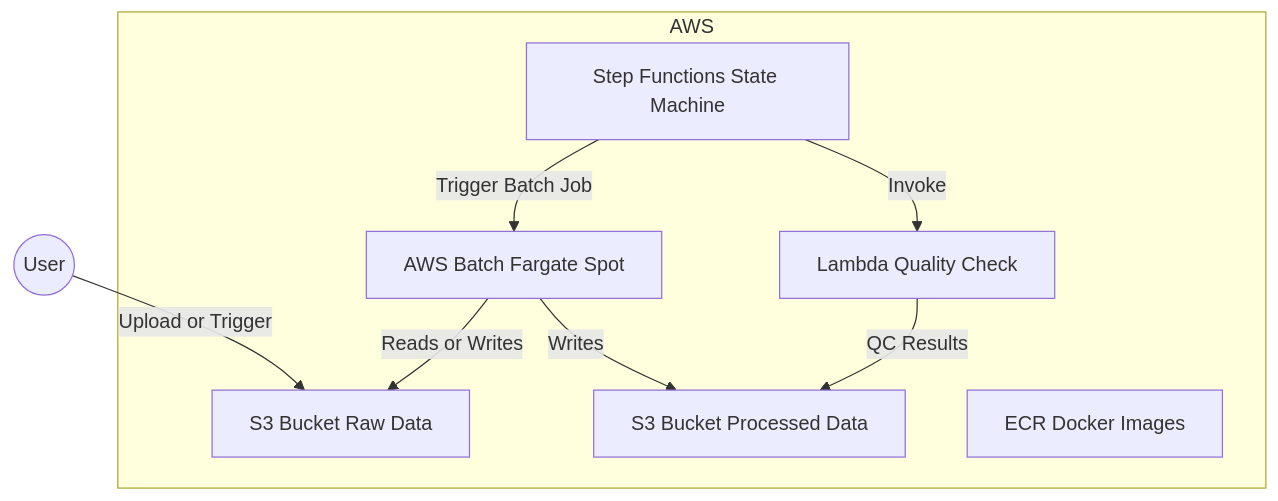
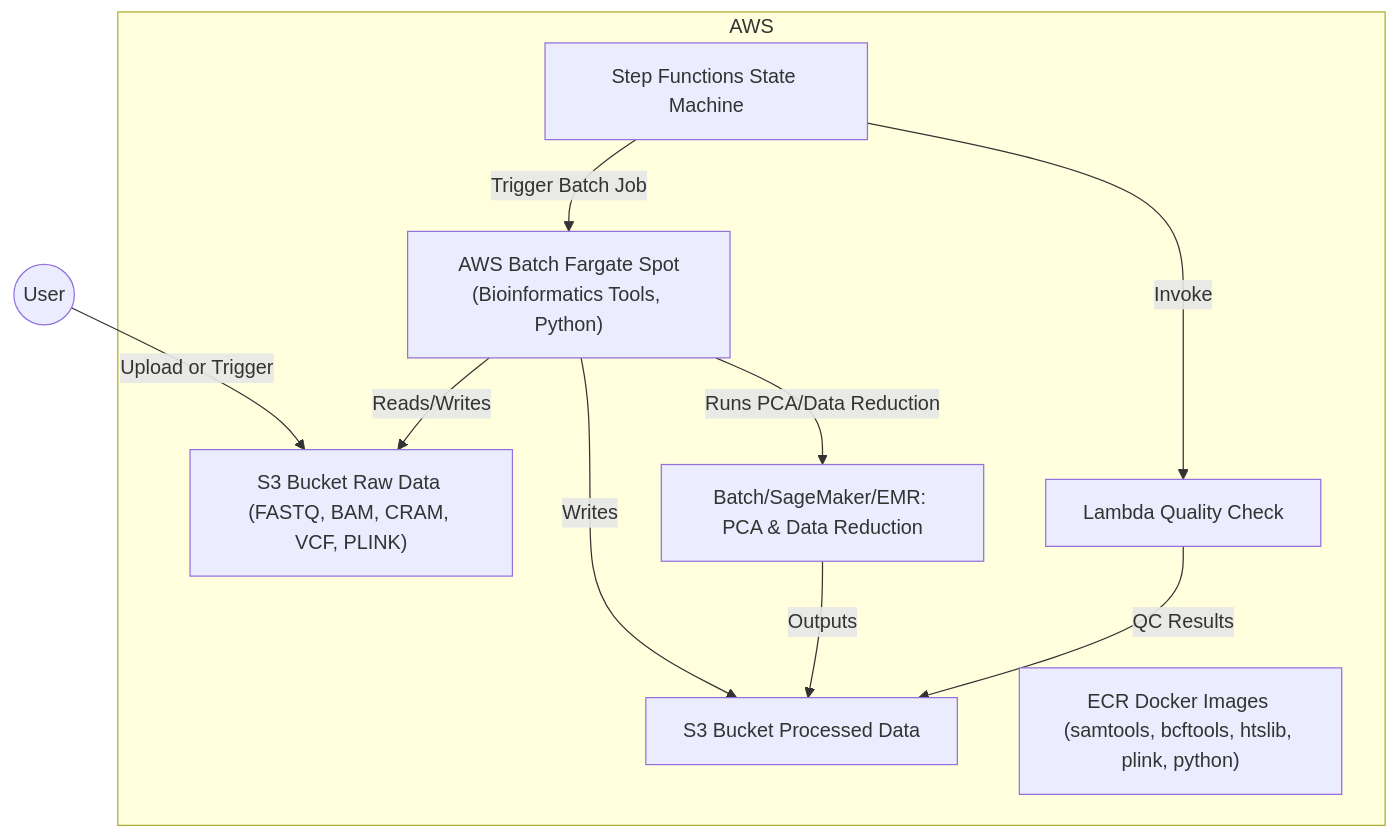
The first of 4 diagrams in README.md (justin-mbca/genomic_etl_cdk), drawn with Mermaid before and after one commit. The commit also changed other lines of this file, not shown here.

Commit message:
Update diagrams: show support for VCF, BAM, CRAM, PLINK, bioinformatics tools, and PCA/data reduction

````diff
--- a/README.md
+++ b/README.md
@@ -5,18 +5,21 @@
 ```mermaid
 graph TD
 subgraph AWS
-   S3Raw["S3 Bucket Raw Data"]
+   S3Raw["S3 Bucket Raw Data (FASTQ, BAM, CRAM, VCF, PLINK)"]
    S3Processed["S3 Bucket Processed Data"]
-   ECR["ECR Docker Images"]
-   Batch["AWS Batch Fargate Spot"]
+   ECR["ECR Docker Images (samtools, bcftools, htslib, plink, python)"]
+   Batch["AWS Batch Fargate Spot\n(Bioinformatics Tools, Python)"]
    StepFn["Step Functions State Machine"]
    LambdaQC["Lambda Quality Check"]
+   PCAReduction["Batch/SageMaker/EMR: PCA & Data Reduction"]
 end
 User((User))
 User-->|Upload or Trigger|S3Raw
 StepFn-->|Trigger Batch Job|Batch
-Batch-->|Reads or Writes|S3Raw
+Batch-->|Reads/Writes|S3Raw
 Batch-->|Writes|S3Processed
+Batch-->|Runs PCA/Data Reduction|PCAReduction
+PCAReduction-->|Outputs|S3Processed
 StepFn-->|Invoke|LambdaQC
 LambdaQC-->|QC Results|S3Processed
 ```
````
